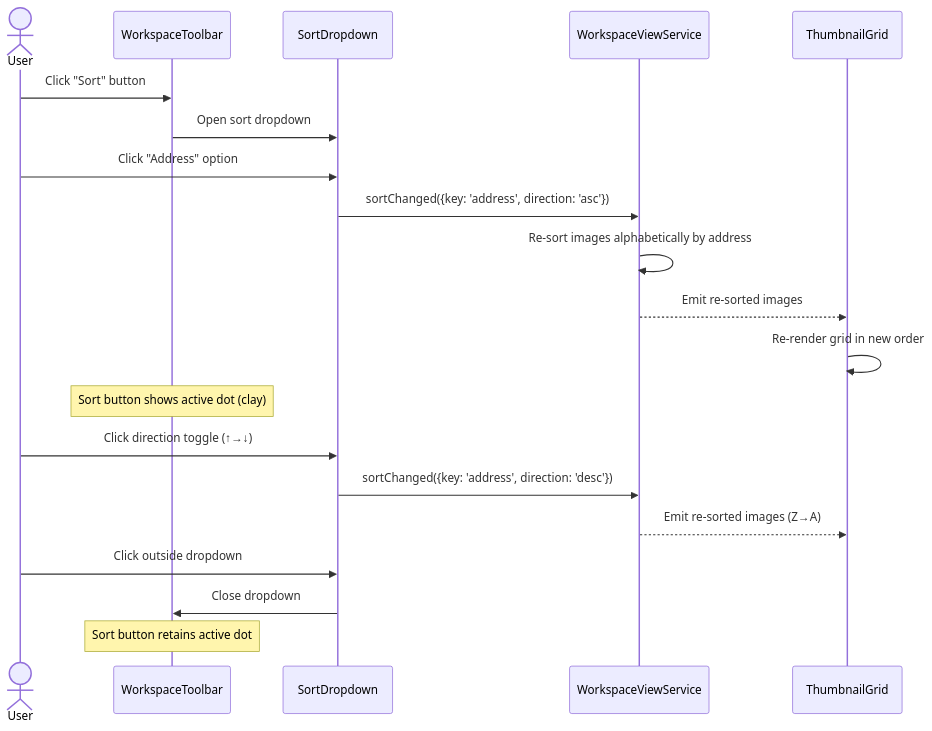
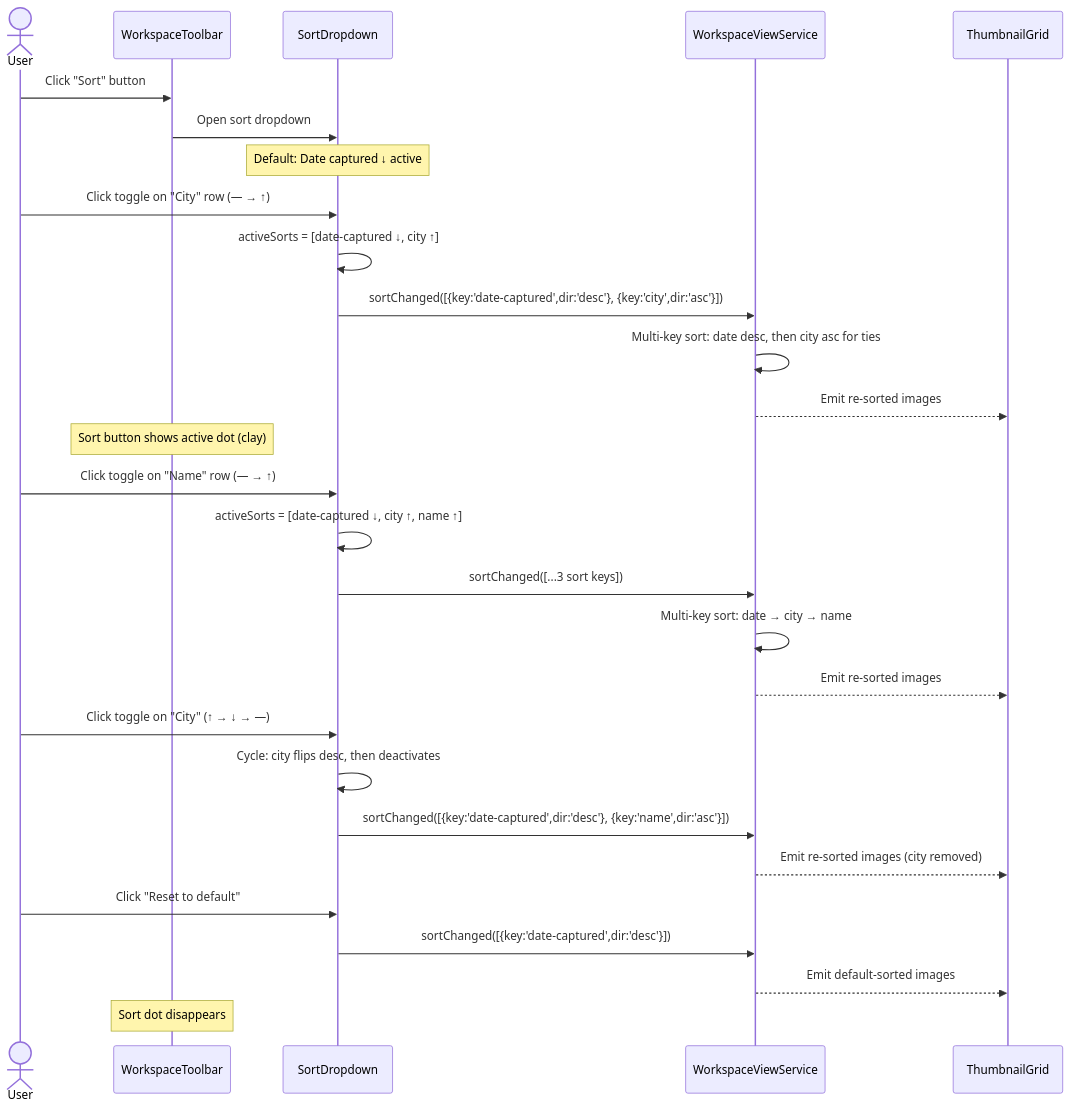
Before and after one commit to matkleve/feldpost: the third of 27 diagrams in docs/use-cases/workspace-view.md, drawn with Mermaid. The commit also changed other lines of this file and 5 other files, not shown here.

First line of the commit message:
feat: implement multi-sort functionality in sort dropdown

````diff
--- a/docs/use-cases/workspace-view.md
+++ b/docs/use-cases/workspace-view.md
@@ -112,26 +115,35 @@
 ```mermaid
 sequenceDiagram
     actor User
     participant Toolbar as WorkspaceToolbar
     participant SortDD as SortDropdown
     participant WVS as WorkspaceViewService
     participant Grid as ThumbnailGrid
 
     User->>Toolbar: Click "Sort" button
     Toolbar->>SortDD: Open sort dropdown
+    Note over SortDD: Default: Date captured ↓ active
 
-    User->>SortDD: Click "Address" option
-    SortDD->>WVS: sortChanged({key: 'address', direction: 'asc'})
-    WVS->>WVS: Re-sort images alphabetically by address
+    User->>SortDD: Click toggle on "City" row (— → ↑)
+    SortDD->>SortDD: activeSorts = [date-captured ↓, city ↑]
+    SortDD->>WVS: sortChanged([{key:'date-captured',dir:'desc'}, {key:'city',dir:'asc'}])
+    WVS->>WVS: Multi-key sort: date desc, then city asc for ties
     WVS-->>Grid: Emit re-sorted images
-    Grid->>Grid: Re-render grid in new order
     Note over Toolbar: Sort button shows active dot (clay)
 
-    User->>SortDD: Click direction toggle (↑→↓)
-    SortDD->>WVS: sortChanged({key: 'address', direction: 'desc'})
-    WVS-->>Grid: Emit re-sorted images (Z→A)
+    User->>SortDD: Click toggle on "Name" row (— → ↑)
+    SortDD->>SortDD: activeSorts = [date-captured ↓, city ↑, name ↑]
+    SortDD->>WVS: sortChanged([...3 sort keys])
+    WVS->>WVS: Multi-key sort: date → city → name
+    WVS-->>Grid: Emit re-sorted images
 
-    User->>SortDD: Click outside dropdown
-    SortDD->>Toolbar: Close dropdown
-    Note over Toolbar: Sort button retains active dot
+    User->>SortDD: Click toggle on "City" (↑ → ↓ → —)
+    SortDD->>SortDD: Cycle: city flips desc, then deactivates
+    SortDD->>WVS: sortChanged([{key:'date-captured',dir:'desc'}, {key:'name',dir:'asc'}])
+    WVS-->>Grid: Emit re-sorted images (city removed)
+
+    User->>SortDD: Click "Reset to default"
+    SortDD->>WVS: sortChanged([{key:'date-captured',dir:'desc'}])
+    WVS-->>Grid: Emit default-sorted images
+    Note over Toolbar: Sort dot disappears
 ```
````
